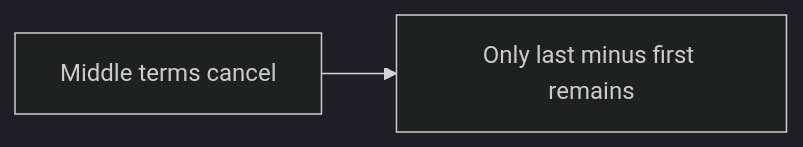
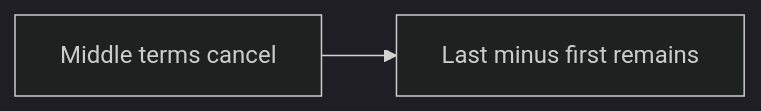
Before and after one commit to mthaiseer/springcloud-systemdesign-notes: the tenth of 14 diagrams in CP_DSA_NOTES/000_MATH/cp_dsa_math_visual_reference.md, drawn with Mermaid (dark theme). The commit also changed other lines of this file, not shown here.

````diff
--- a/CP_DSA_NOTES/000_MATH/cp_dsa_math_visual_reference.md
+++ b/CP_DSA_NOTES/000_MATH/cp_dsa_math_visual_reference.md
@@ -386,4 +588,4 @@
 ```mermaid
 flowchart LR
-    A[Middle terms cancel] --> B[Only last minus first remains]
+    A[Middle terms cancel] --> B[Last minus first remains]
 ```
````
